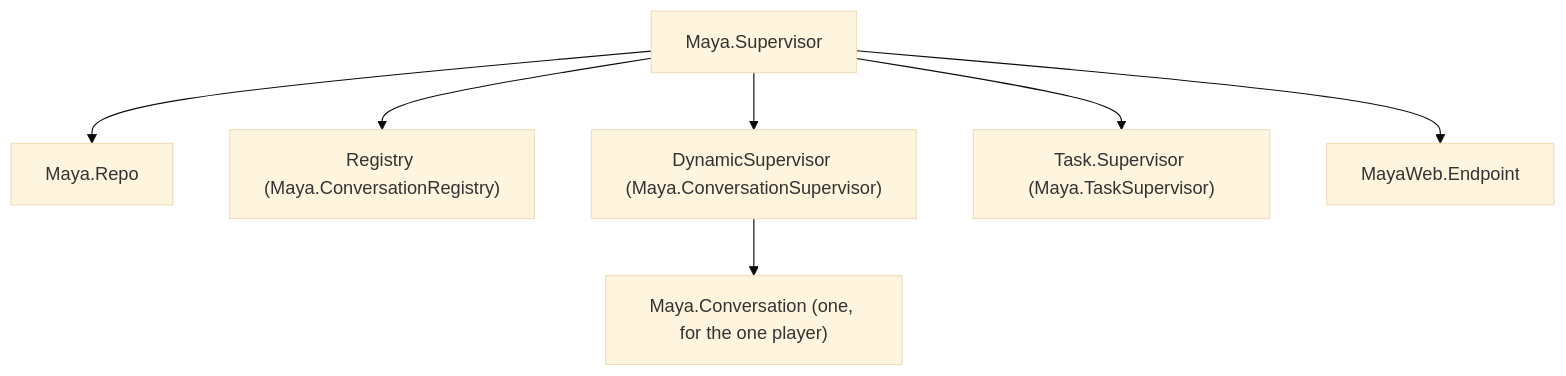
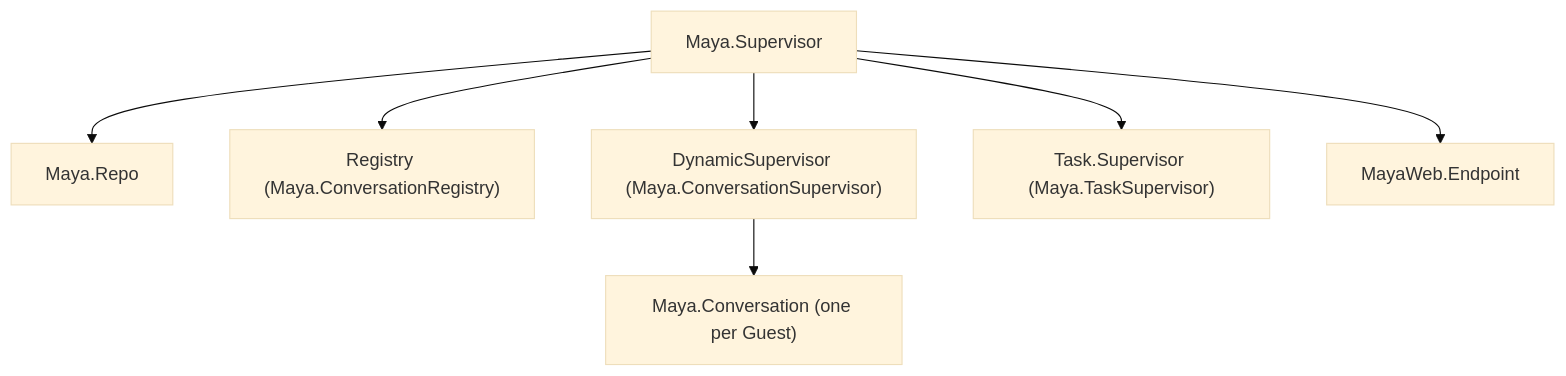
Before and after one commit to darth-dodo/maya: the third of 3 diagrams in ARCHITECTURE.md, drawn with Mermaid (base theme). The commit also changed other lines of this file and 43 other files, not shown here.

First line of the commit message:
feat: guest sessions with one Conversation and Progress per signed cookie

````diff
--- a/ARCHITECTURE.md
+++ b/ARCHITECTURE.md
@@ -93,9 +93,9 @@
 ```mermaid
 flowchart TD
   App["Maya.Supervisor"] --> Repo["Maya.Repo"]
   App --> Reg["Registry (Maya.ConversationRegistry)"]
   App --> DS["DynamicSupervisor (Maya.ConversationSupervisor)"]
   App --> TS["Task.Supervisor (Maya.TaskSupervisor)"]
   App --> EP["MayaWeb.Endpoint"]
-  DS --> C1["Maya.Conversation (one, for the one player)"]
+  DS --> C1["Maya.Conversation (one per Guest)"]
 ```
````
